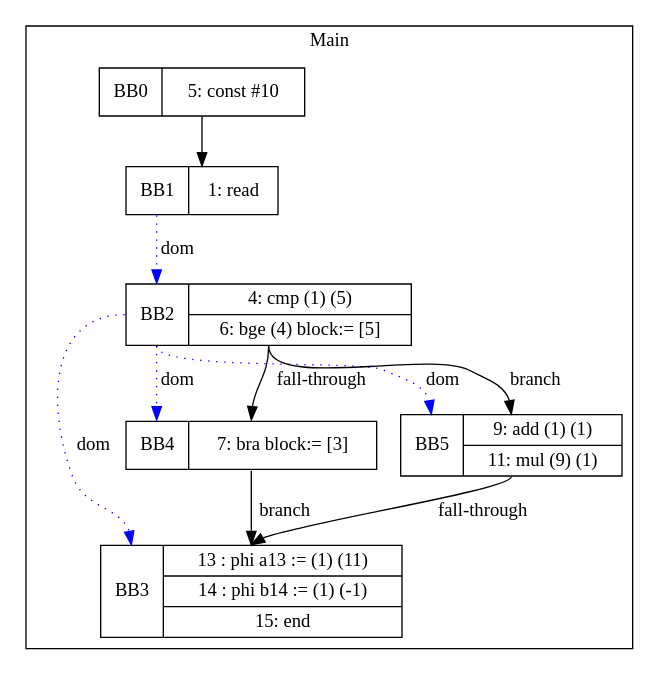
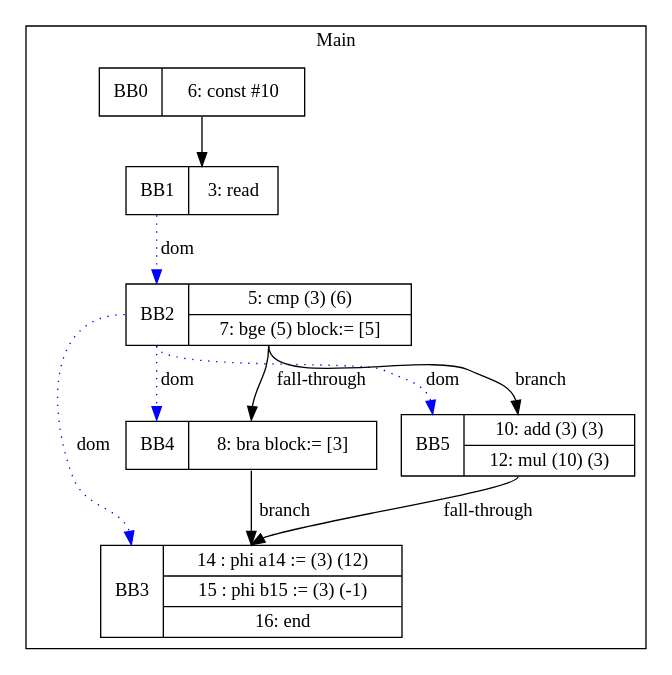
One commit to zjc664656505/UCI-CS241-Advanced-Compiler-main changed the diagram in visualization/Simon/phi_partially_initialized.gv. Above: the diagram before and after it, drawn with Graphviz. The commit also changed 90 other files, not shown here.

```diff
--- a/visualization/Simon/phi_partially_initialized.gv
+++ b/visualization/Simon/phi_partially_initialized.gv
@@ -1,21 +1,21 @@
 digraph G {
 node [shape=record];
 subgraph cluster_main{
 label = "Main";
-BB0 [shape=record, label="<b>BB0|{5: const #10}"];
-BB1 [shape=record, label="<b>BB1|{1: read}"];
-BB2 [shape=record, label="<b>BB2|{4: cmp (1) (5)|6: bge (4) block:= [5]}"];
-BB3 [shape=record, label="<b>BB3|{13 : phi a13 := (1) (11)|14 : phi b14 := (1) (-1)|15: end}"];
-BB4 [shape=record, label="<b>BB4|{7: bra block:= [3]}"];
-BB5 [shape=record, label="<b>BB5|{9: add (1) (1)|11: mul (9) (1)}"];
+BB0 [shape=record, label="<b>BB0|{6: const #10}"];
+BB1 [shape=record, label="<b>BB1|{3: read}"];
+BB2 [shape=record, label="<b>BB2|{5: cmp (3) (6)|7: bge (5) block:= [5]}"];
+BB3 [shape=record, label="<b>BB3|{14 : phi a14 := (3) (12)|15 : phi b15 := (3) (-1)|16: end}"];
+BB4 [shape=record, label="<b>BB4|{8: bra block:= [3]}"];
+BB5 [shape=record, label="<b>BB5|{10: add (3) (3)|12: mul (10) (3)}"];
 }
 BB0:s -> BB1:n ;
 BB2:b -> BB3:b [color=blue, style=dotted, label="dom"];
 BB2:b -> BB4:b [color=blue, style=dotted, label="dom"];
 BB1:b -> BB2:b [color=blue, style=dotted, label="dom"];
 BB2:b -> BB5:b [color=blue, style=dotted, label="dom"];
 BB2:s -> BB5:n [label="branch"];
 BB4:s -> BB3:n [label="branch"];
 BB5:s -> BB3:n [label="fall-through"];
 BB2:s -> BB4:n [label="fall-through"];
 }
```
